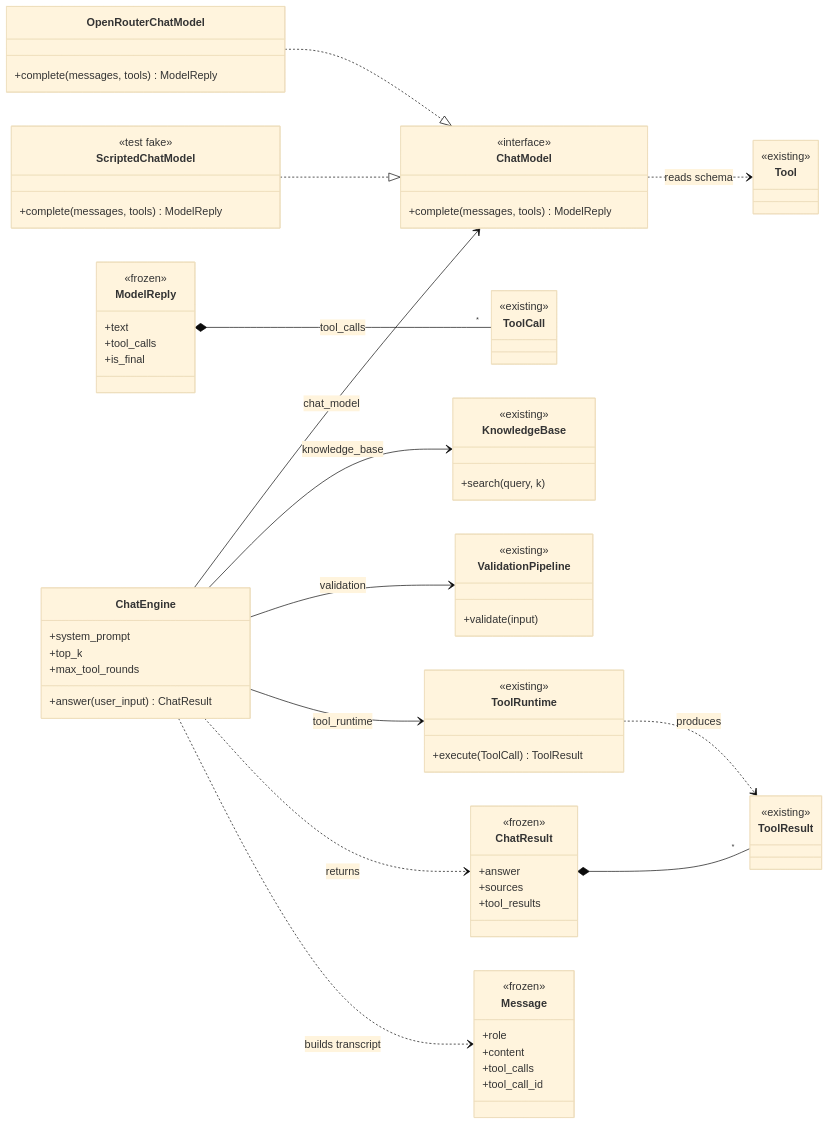
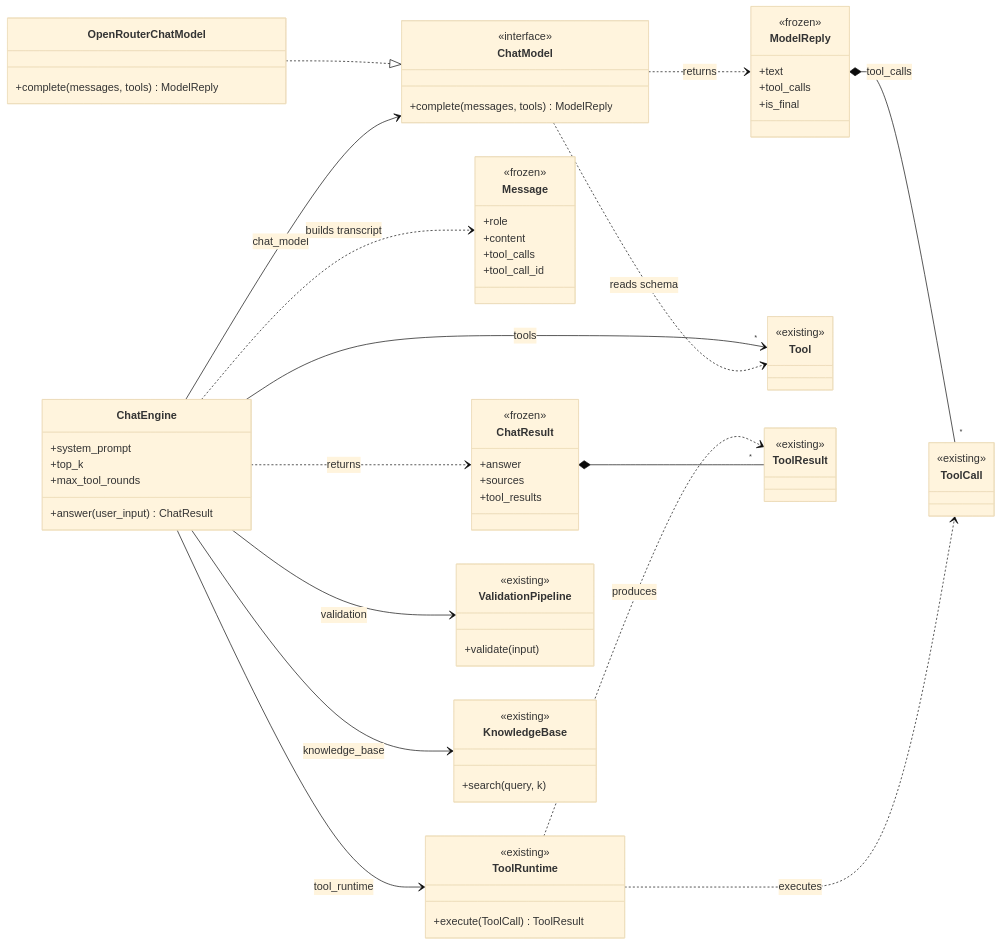
The first of 2 diagrams in docs/plans/chat-engine.md (aschog/cora), drawn with Mermaid (base theme) before and after one commit. The commit also changed other lines of this file, not shown here.

Commit message:
docs: dedup chat engine plan (diagrams own structure/flow)

````diff
--- a/docs/plans/chat-engine.md
+++ b/docs/plans/chat-engine.md
@@ -27,74 +24,72 @@
 ```mermaid
 classDiagram
   direction LR
   class ChatModel {
     <<interface>>
     +complete(messages, tools) ModelReply
   }
   class Message {
     <<frozen>>
     +role
     +content
     +tool_calls
     +tool_call_id
   }
   class ModelReply {
     <<frozen>>
     +text
     +tool_calls
     +is_final
   }
   class ChatEngine {
     +system_prompt
     +top_k
     +max_tool_rounds
     +answer(user_input) ChatResult
   }
   class ChatResult {
     <<frozen>>
     +answer
     +sources
     +tool_results
   }
   class OpenRouterChatModel {
     +complete(messages, tools) ModelReply
   }
-  class ScriptedChatModel {
-    <<test fake>>
-    +complete(messages, tools) ModelReply
-  }
   class Tool {
     <<existing>>
   }
   class ToolCall {
     <<existing>>
   }
   class ToolResult {
     <<existing>>
   }
   class ToolRuntime {
     <<existing>>
     +execute(ToolCall) ToolResult
   }
   class ValidationPipeline {
     <<existing>>
     +validate(input)
   }
   class KnowledgeBase {
     <<existing>>
     +search(query, k)
   }
 
   OpenRouterChatModel ..|> ChatModel
-  ScriptedChatModel ..|> ChatModel
   ChatEngine --> ChatModel : chat_model
   ChatEngine --> KnowledgeBase : knowledge_base
   ChatEngine --> ValidationPipeline : validation
   ChatEngine --> ToolRuntime : tool_runtime
   ChatEngine ..> ChatResult : returns
   ChatEngine ..> Message : builds transcript
+  ChatEngine --> "*" Tool : tools
+  ChatModel ..> ModelReply : returns
+  ChatModel ..> Tool : reads schema
   ModelReply *-- "*" ToolCall : tool_calls
+  ToolRuntime ..> ToolCall : executes
   ToolRuntime ..> ToolResult : produces
   ChatResult *-- "*" ToolResult
-  ChatModel ..> Tool : reads schema
 ```
````
